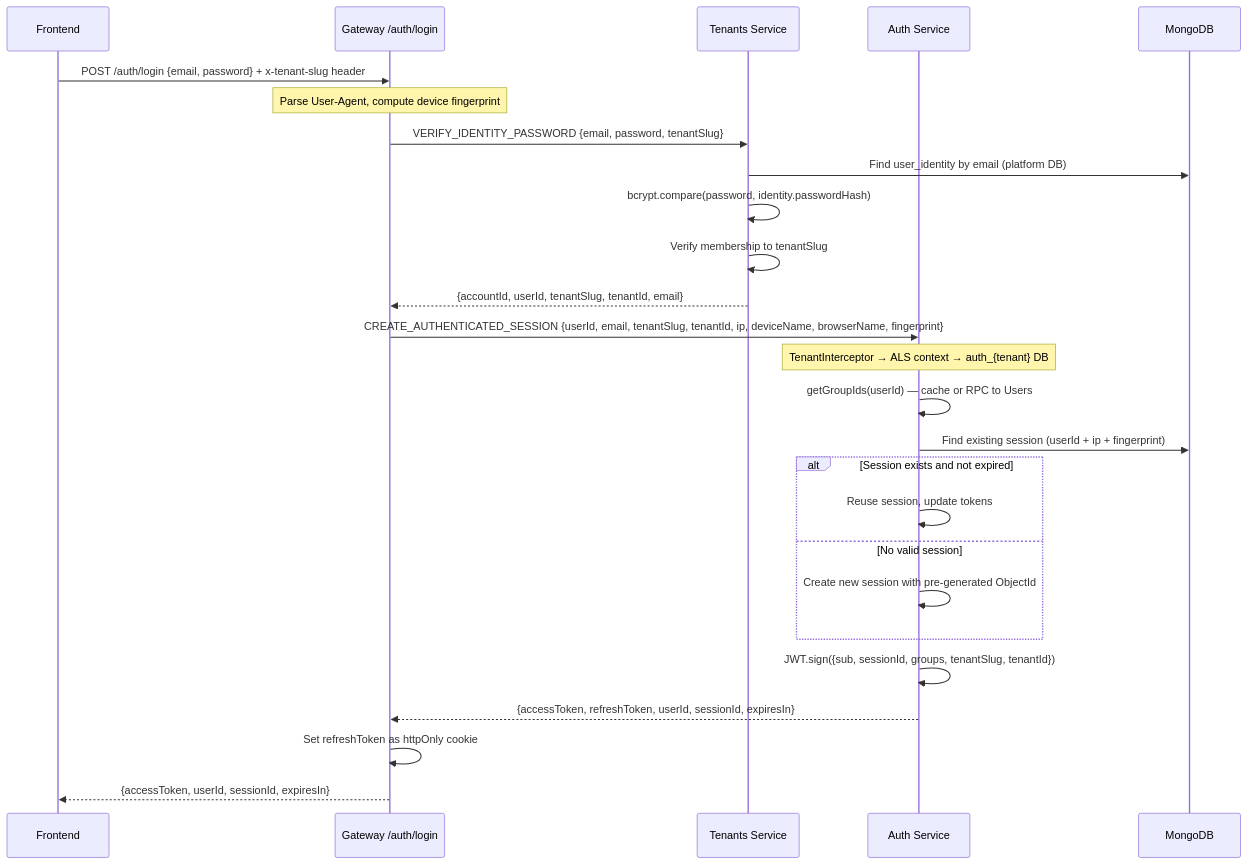
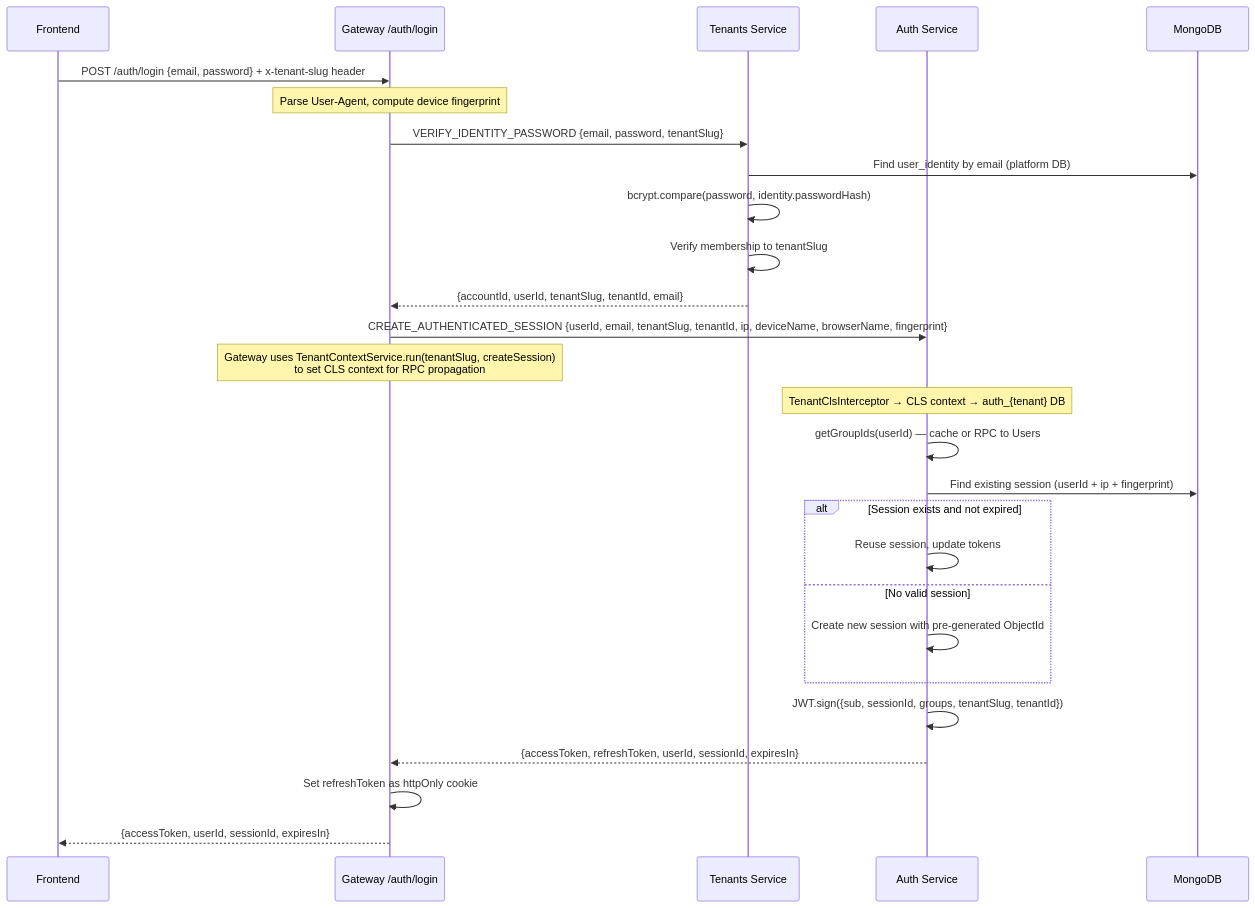
Before and after one commit to CucuProject/cucu-docs: the first of 4 diagrams in docs/architecture/auth-flow.md, drawn with Mermaid. The commit also changed other lines of this file and 14 other files, not shown here.

First line of the commit message:
docs: update for nestjs-cls migration, JWT middleware, and auth orchestrator changes

````diff
--- a/docs/architecture/auth-flow.md
+++ b/docs/architecture/auth-flow.md
@@ -22,37 +22,38 @@
 ```mermaid
 sequenceDiagram
     participant FE as Frontend
     participant GW as Gateway /auth/login
     participant TS as Tenants Service
     participant Auth as Auth Service
     participant DB as MongoDB
 
     FE->>GW: POST /auth/login {email, password} + x-tenant-slug header
     
     Note over GW: Parse User-Agent, compute device fingerprint
     
     GW->>TS: VERIFY_IDENTITY_PASSWORD {email, password, tenantSlug}
     TS->>DB: Find user_identity by email (platform DB)
     TS->>TS: bcrypt.compare(password, identity.passwordHash)
     TS->>TS: Verify membership to tenantSlug
     TS-->>GW: {accountId, userId, tenantSlug, tenantId, email}
     
     GW->>Auth: CREATE_AUTHENTICATED_SESSION {userId, email, tenantSlug, tenantId, ip, deviceName, browserName, fingerprint}
+    Note over GW: Gateway uses TenantContextService.run(tenantSlug, createSession)<br/>to set CLS context for RPC propagation
     
-    Note over Auth: TenantInterceptor → ALS context → auth_{tenant} DB
+    Note over Auth: TenantClsInterceptor → CLS context → auth_{tenant} DB
     
     Auth->>Auth: getGroupIds(userId) — cache or RPC to Users
     Auth->>DB: Find existing session (userId + ip + fingerprint)
     
     alt Session exists and not expired
         Auth->>Auth: Reuse session, update tokens
     else No valid session
         Auth->>Auth: Create new session with pre-generated ObjectId
     end
     
     Auth->>Auth: JWT.sign({sub, sessionId, groups, tenantSlug, tenantId})
     Auth-->>GW: {accessToken, refreshToken, userId, sessionId, expiresIn}
     
     GW->>GW: Set refreshToken as httpOnly cookie
     GW-->>FE: {accessToken, userId, sessionId, expiresIn}
 ```
````
